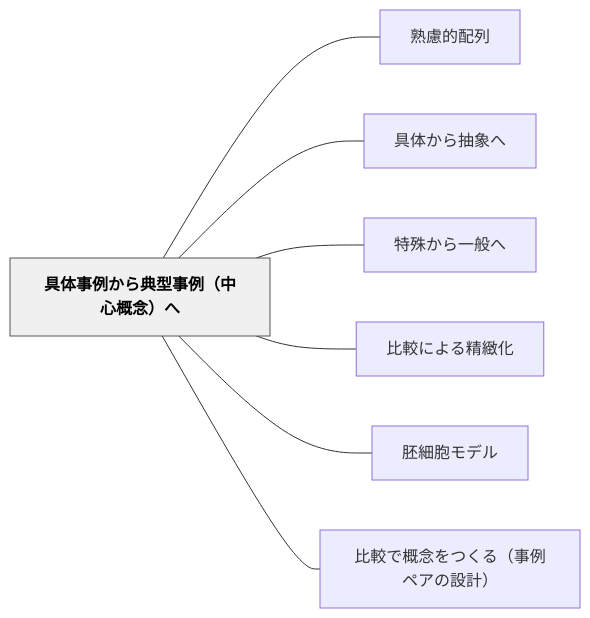
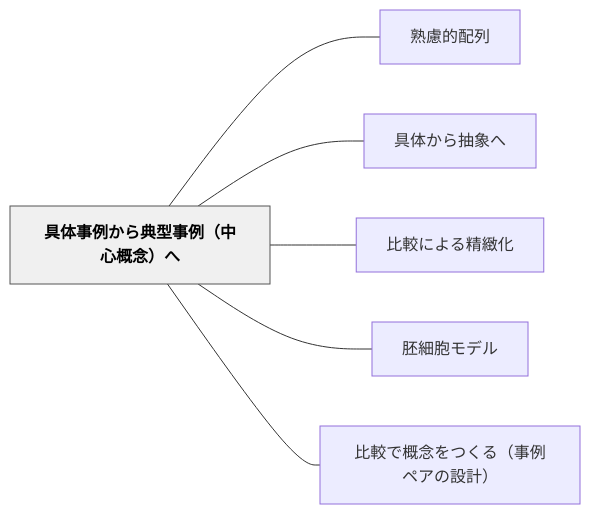
The diagram in content/パタン/具体事例から典型事例（中心概念）へ.md (unknownthings-ed-patterns/unknownthings-ed-patterns), drawn with Mermaid before and after one commit. The commit also changed other lines of this file and 23 other files, not shown here.

````diff
--- a/content/パタン/具体事例から典型事例（中心概念）へ.md
+++ b/content/パタン/具体事例から典型事例（中心概念）へ.md
@@ -46,20 +48,18 @@
 ```mermaid
 flowchart LR
     ne585b7e4bd93e4ba8be4be8be3818be38289e585b8e59e8be4ba8be4be8befbc88e4b8ade5bf83e6a682e5bfb5efbc89e381b8["具体事例から典型事例（中心概念）へ"]
     ne7869fe685aee79a84e9858de58897["熟慮的配列"]
     ne585b7e4bd93e3818be38289e68abde8b1a1e381b8["具体から抽象へ"]
-    ne789b9e6ae8ae3818be38289e4b880e888ace381b8["特殊から一般へ"]
     ne6af94e8bc83e381abe38288e3828be7b2bee7b7bbe58c96["比較による精緻化"]
     ne8839ae7b4b0e8839ee383a2e38387e383ab["胚細胞モデル"]
     ne6af94e8bc83e381a7e6a682e5bfb5e38292e381a4e3818fe3828befbc88e4ba8be4be8be3839ae382a2e381aee8a8ade8a888efbc89["比較で概念をつくる（事例ペアの設計）"]
 
     ne585b7e4bd93e4ba8be4be8be3818be38289e585b8e59e8be4ba8be4be8befbc88e4b8ade5bf83e6a682e5bfb5efbc89e381b8 --- ne7869fe685aee79a84e9858de58897
     ne585b7e4bd93e4ba8be4be8be3818be38289e585b8e59e8be4ba8be4be8befbc88e4b8ade5bf83e6a682e5bfb5efbc89e381b8 --- ne585b7e4bd93e3818be38289e68abde8b1a1e381b8
-    ne585b7e4bd93e4ba8be4be8be3818be38289e585b8e59e8be4ba8be4be8befbc88e4b8ade5bf83e6a682e5bfb5efbc89e381b8 --- ne789b9e6ae8ae3818be38289e4b880e888ace381b8
     ne585b7e4bd93e4ba8be4be8be3818be38289e585b8e59e8be4ba8be4be8befbc88e4b8ade5bf83e6a682e5bfb5efbc89e381b8 --- ne6af94e8bc83e381abe38288e3828be7b2bee7b7bbe58c96
     ne585b7e4bd93e4ba8be4be8be3818be38289e585b8e59e8be4ba8be4be8befbc88e4b8ade5bf83e6a682e5bfb5efbc89e381b8 --- ne8839ae7b4b0e8839ee383a2e38387e383ab
     ne585b7e4bd93e4ba8be4be8be3818be38289e585b8e59e8be4ba8be4be8befbc88e4b8ade5bf83e6a682e5bfb5efbc89e381b8 --- ne6af94e8bc83e381a7e6a682e5bfb5e38292e381a4e3818fe3828befbc88e4ba8be4be8be3839ae382a2e381aee8a8ade8a888efbc89
 
     classDef hub fill:#f0f0f0,stroke:#555,color:#000,font-weight:bold
     class ne585b7e4bd93e4ba8be4be8be3818be38289e585b8e59e8be4ba8be4be8befbc88e4b8ade5bf83e6a682e5bfb5efbc89e381b8 hub
 ```
````
